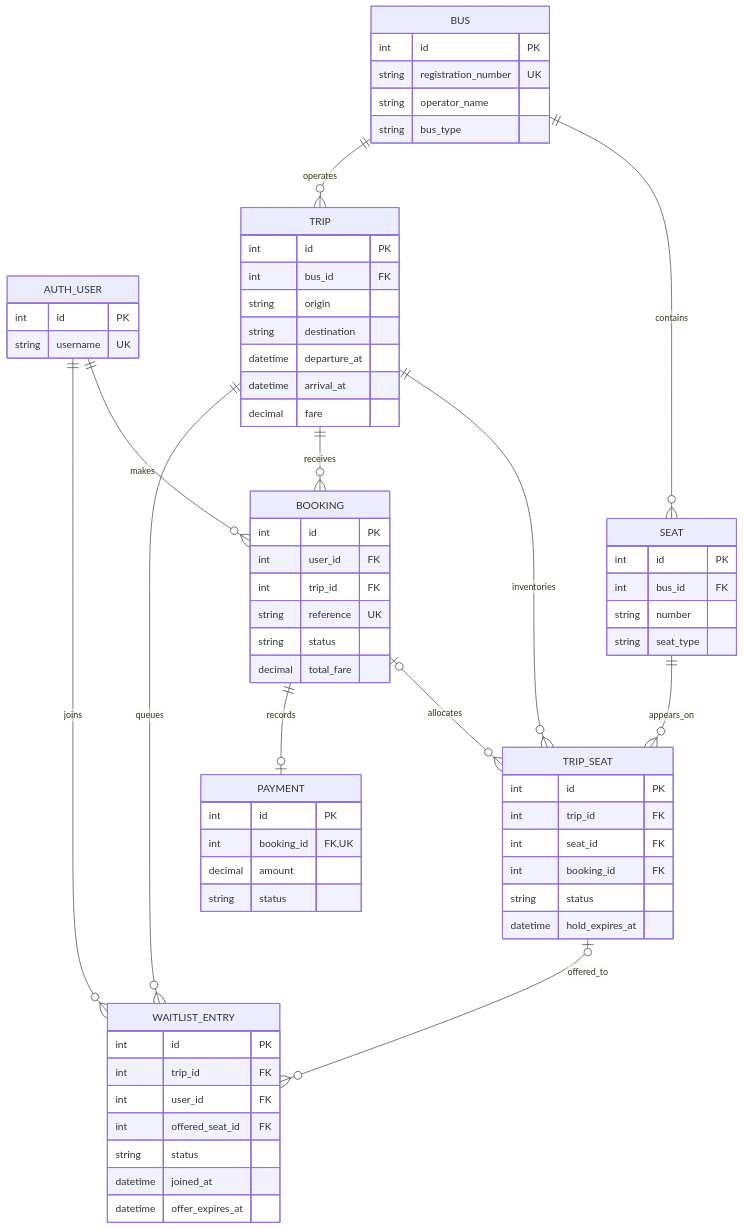
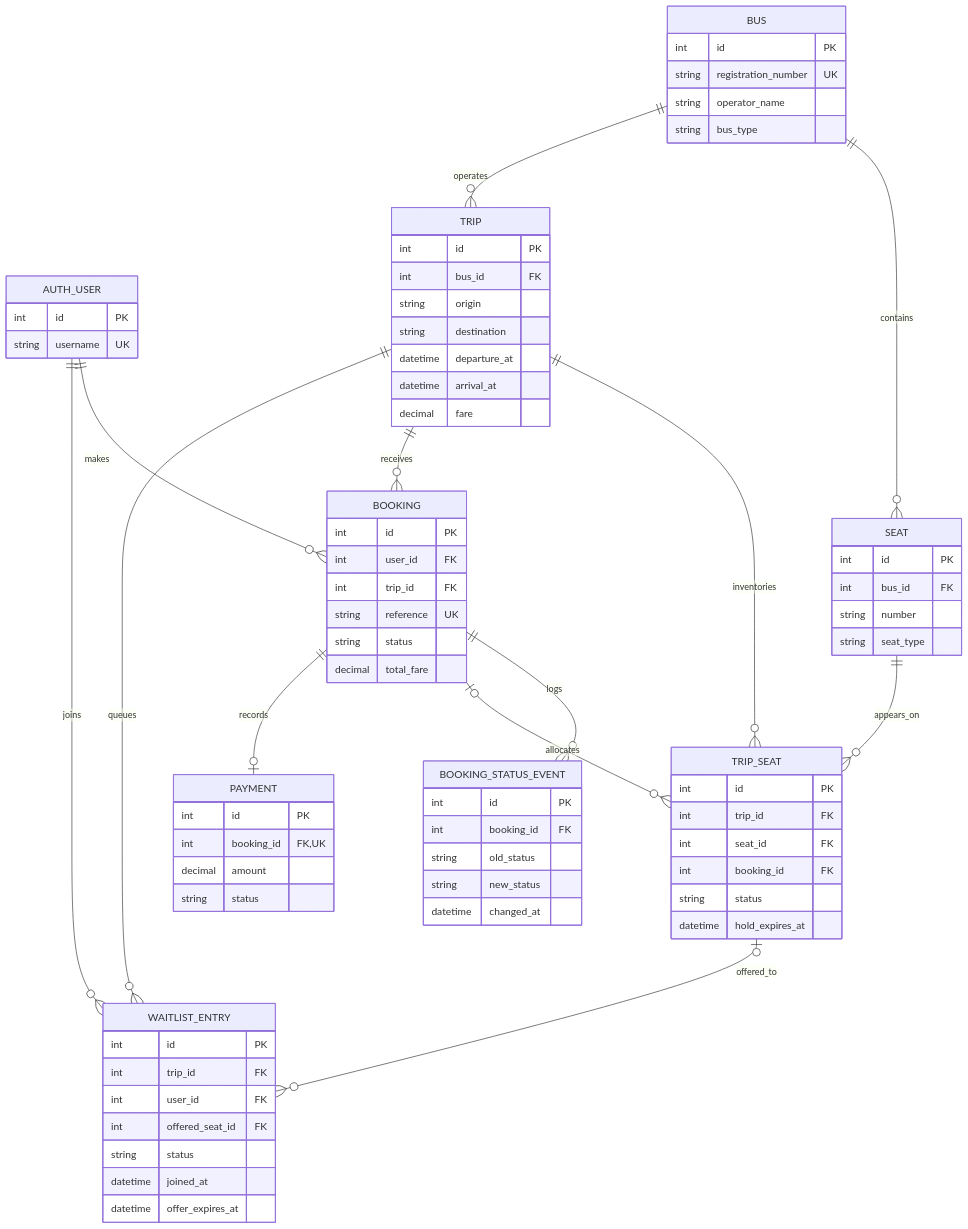
The diagram in docs/er_model.md (karthik-goud227/bus-ticket-booking-system), drawn with Mermaid before and after one commit. The commit also changed other lines of this file and 10 other files, not shown here.

Commit message:
Add Oracle booking status audit trail

````diff
--- a/docs/er_model.md
+++ b/docs/er_model.md
@@ -7,71 +7,79 @@
 ```mermaid
 erDiagram
     AUTH_USER ||--o{ BOOKING : makes
     AUTH_USER ||--o{ WAITLIST_ENTRY : joins
     BUS ||--o{ SEAT : contains
     BUS ||--o{ TRIP : operates
     TRIP ||--o{ TRIP_SEAT : inventories
     SEAT ||--o{ TRIP_SEAT : appears_on
     TRIP ||--o{ BOOKING : receives
+    BOOKING ||--o{ BOOKING_STATUS_EVENT : logs
     TRIP ||--o{ WAITLIST_ENTRY : queues
     BOOKING |o--o{ TRIP_SEAT : allocates
     BOOKING ||--o| PAYMENT : records
     TRIP_SEAT |o--o{ WAITLIST_ENTRY : offered_to
 
     BUS {
         int id PK
         string registration_number UK
         string operator_name
         string bus_type
     }
     SEAT {
         int id PK
         int bus_id FK
         string number
         string seat_type
     }
     TRIP {
         int id PK
         int bus_id FK
         string origin
         string destination
         datetime departure_at
         datetime arrival_at
         decimal fare
     }
     TRIP_SEAT {
         int id PK
         int trip_id FK
         int seat_id FK
         int booking_id FK
         string status
         datetime hold_expires_at
     }
     AUTH_USER {
         int id PK
         string username UK
     }
     BOOKING {
         int id PK
         int user_id FK
         int trip_id FK
         string reference UK
         string status
         decimal total_fare
     }
     PAYMENT {
         int id PK
         int booking_id FK,UK
         decimal amount
         string status
     }
+    BOOKING_STATUS_EVENT {
+        int id PK
+        int booking_id FK
+        string old_status
+        string new_status
+        datetime changed_at
+    }
     WAITLIST_ENTRY {
         int id PK
         int trip_id FK
         int user_id FK
         int offered_seat_id FK
         string status
         datetime joined_at
         datetime offer_expires_at
     }
 ```
````
